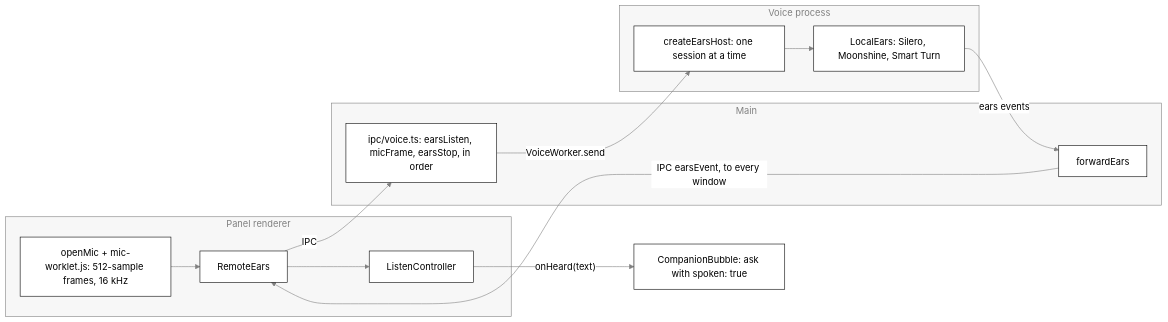
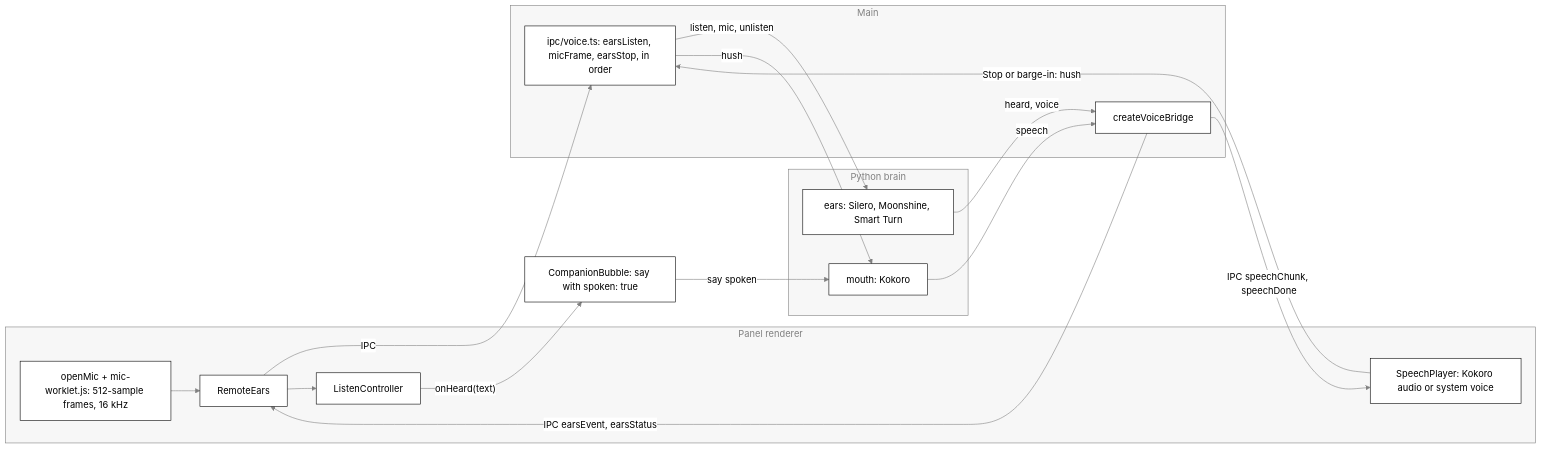
One commit to nadeem4/tagalong changed the first of 3 diagrams in docs/voice.md. Above: the diagram before and after it, drawn with Mermaid. The commit also changed other lines of this file and 101 other files, not shown here.

First line of the commit message:
refactor(desktop): hear and speak through the brain, drop the voice process (15d) (#220)

````diff
--- a/docs/voice.md
+++ b/docs/voice.md
@@ -137,18 +42,23 @@
 ```mermaid
 %%{init: {"theme": "base", "themeVariables": {"primaryColor": "#ffffff", "primaryTextColor": "#000000", "primaryBorderColor": "#000000", "lineColor": "#808080", "secondaryColor": "#f2f2f2", "tertiaryColor": "#ffffff", "clusterBkg": "#f7f7f7", "clusterBorder": "#808080", "edgeLabelBackground": "#ffffff", "titleColor": "#808080", "fontFamily": "Segoe UI, Helvetica, Arial, sans-serif"}}}%%
 flowchart LR
   subgraph Panel["Panel renderer"]
     MIC["openMic + mic-worklet.js: 512-sample frames, 16 kHz"] --> RE["RemoteEars"]
     LC["ListenController"]
+    SP["SpeechPlayer: Kokoro audio or system voice"]
   end
   subgraph Main["Main"]
     IPC["ipc/voice.ts: earsListen, micFrame, earsStop, in order"]
-    FE["forwardEars"]
+    VB["createVoiceBridge"]
   end
-  subgraph VP["Voice process"]
-    EH["createEarsHost: one session at a time"] --> LE["LocalEars: Silero, Moonshine, Smart Turn"]
+  subgraph Brain["Python brain"]
+    EARS["ears: Silero, Moonshine, Smart Turn"]
+    MOUTH["mouth: Kokoro"]
   end
-  RE -->|"IPC"| IPC -->|"VoiceWorker.send"| EH
-  LE -->|"ears events"| FE -->|"IPC earsEvent, to every window"| RE
-  RE --> LC -->|"onHeard(text)"| CB["CompanionBubble: ask with spoken: true"]
+  RE -->|"IPC"| IPC -->|"listen, mic, unlisten"| EARS
+  EARS -->|"heard, voice"| VB -->|"IPC earsEvent, earsStatus"| RE
+  RE --> LC -->|"onHeard(text)"| CB["CompanionBubble: say with spoken: true"]
+  CB -->|"say spoken"| MOUTH
+  MOUTH -->|"speech"| VB -->|"IPC speechChunk, speechDone"| SP
+  SP -->|"Stop or barge-in: hush"| IPC -->|"hush"| MOUTH
 ```
````
